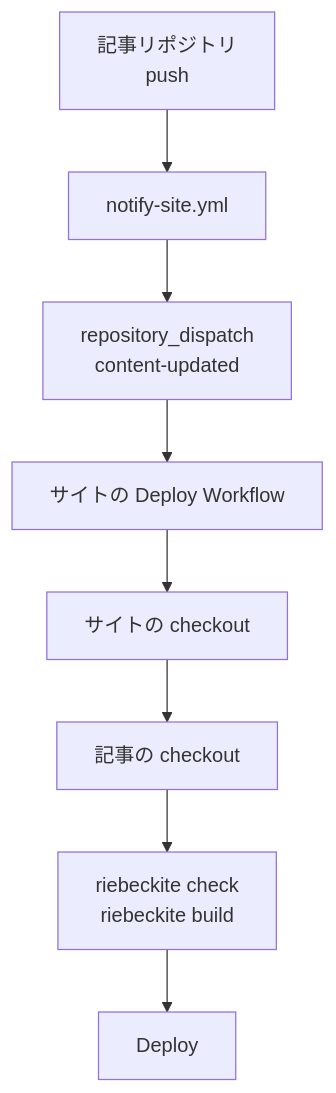
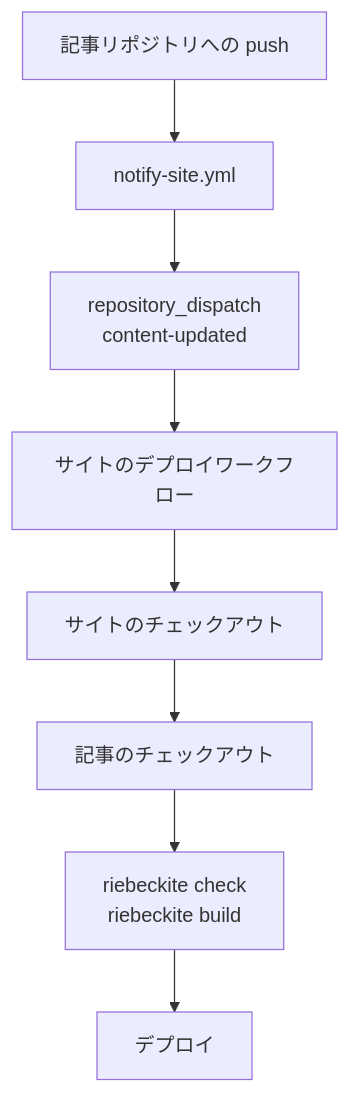
The fourth of 10 diagrams in docs/docs/guides/content-repositories.ja.md (Rerurate514/riebeckite), drawn with Mermaid before and after one commit. The commit also changed other lines of this file and 310 other files, not shown here.

````diff
--- a/docs/docs/guides/content-repositories.ja.md
+++ b/docs/docs/guides/content-repositories.ja.md
@@ -157,23 +157,23 @@
 ```mermaid
 flowchart TD
-    Push["記事リポジトリ<br/>push"]
+    Push["記事リポジトリへの push"]
 
     Notify["notify-site.yml"]
     Dispatch["repository_dispatch<br/>content-updated"]
 
-    Deploy["サイトの Deploy Workflow"]
-    CheckoutSite["サイトの checkout"]
-    CheckoutContent["記事の checkout"]
+    Deploy["サイトのデプロイワークフロー"]
+    CheckoutSite["サイトのチェックアウト"]
+    CheckoutContent["記事のチェックアウト"]
 
     Build["riebeckite check<br/>riebeckite build"]
-    Publish["Deploy"]
+    Publish["デプロイ"]
 
     Push --> Notify
     Notify --> Dispatch
     Dispatch --> Deploy
 
     Deploy --> CheckoutSite
     CheckoutSite --> CheckoutContent
     CheckoutContent --> Build
     Build --> Publish
 ```
````
